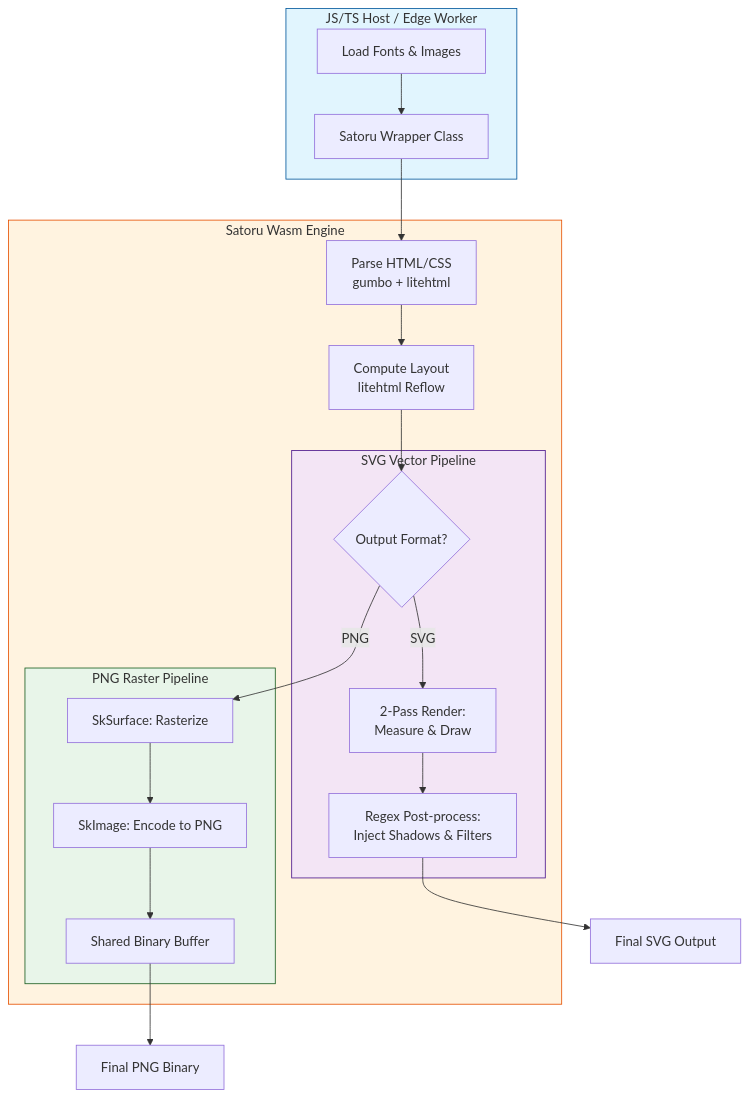
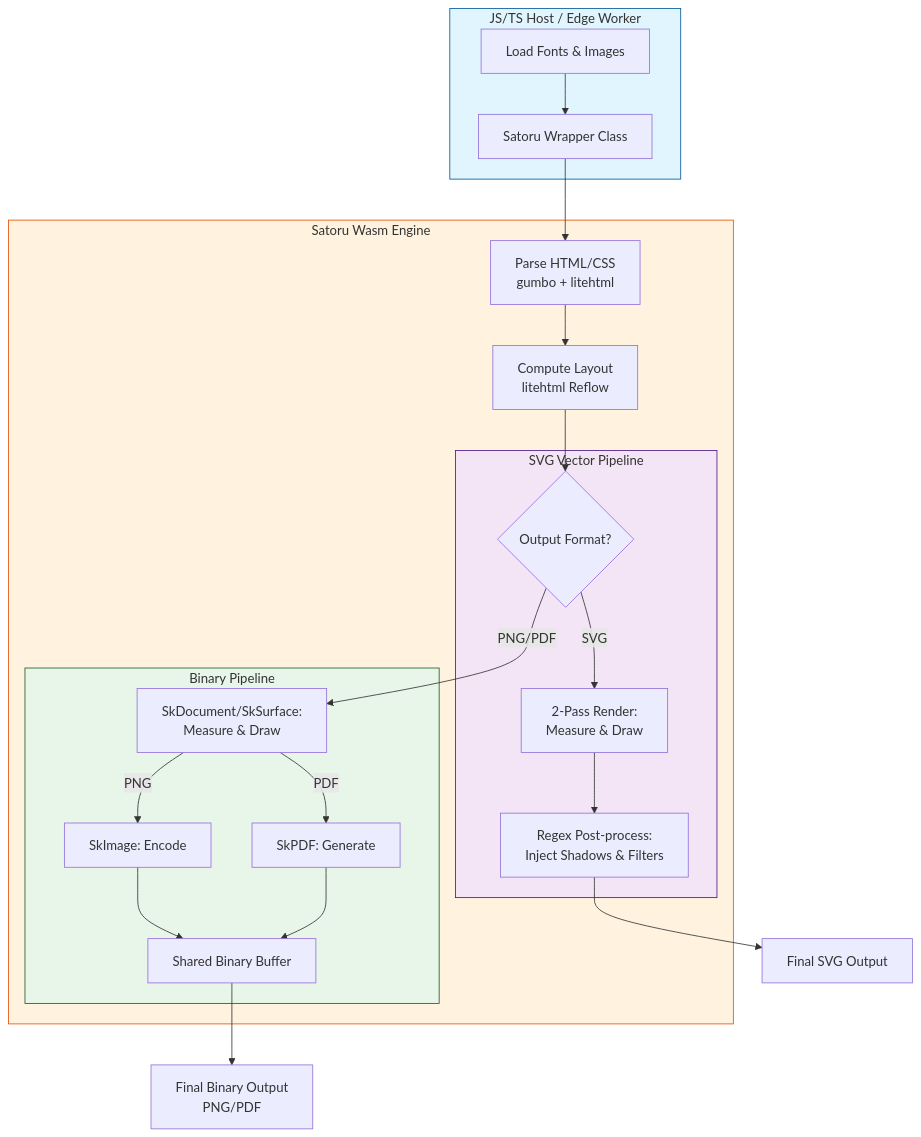
One commit to SoraKumo001/satoru changed the diagram in README.md. Above: the diagram before and after it, drawn with Mermaid. The commit also changed other lines of this file and 10 other files, not shown here.

````diff
--- a/README.md
+++ b/README.md
@@ -72,32 +73,34 @@
 ```mermaid
 graph TD
     subgraph Host [JS/TS Host / Edge Worker]
         A[Load Fonts & Images] --> B[Satoru Wrapper Class]
     end
 
     subgraph WASM [Satoru Wasm Engine]
         B --> C[Parse HTML/CSS<br/>gumbo + litehtml]
         C --> D[Compute Layout<br/>litehtml Reflow]
 
         D --> E{Output Format?}
 
         subgraph SVG_Path [SVG Vector Pipeline]
             E -- SVG --> F[2-Pass Render:<br/>Measure & Draw]
             F --> G[Regex Post-process:<br/>Inject Shadows & Filters]
         end
 
-        subgraph WASM_PNG_Path [PNG Raster Pipeline]
-            E -- PNG --> H[SkSurface: Rasterize]
-            H --> I[SkImage: Encode to PNG]
-            I --> J[Shared Binary Buffer]
+        subgraph WASM_Raster_Path [Binary Pipeline]
+            E -- PNG/PDF --> H[SkDocument/SkSurface:<br/>Measure & Draw]
+            H -- PNG --> I[SkImage: Encode]
+            H -- PDF --> J[SkPDF: Generate]
+            I --> K[Shared Binary Buffer]
+            J --> K
         end
     end
 
-    G --> K[Final SVG Output]
-    J --> L[Final PNG Binary]
+    G --> L[Final SVG Output]
+    K --> M[Final Binary Output<br/>PNG/PDF]
 
     style Host fill:#e1f5fe,stroke:#01579b
     style WASM fill:#fff3e0,stroke:#e65100
     style SVG_Path fill:#f3e5f5,stroke:#4a148c
-    style WASM_PNG_Path fill:#e8f5e9,stroke:#1b5e20
+    style WASM_Raster_Path fill:#e8f5e9,stroke:#1b5e20
 ```
````
